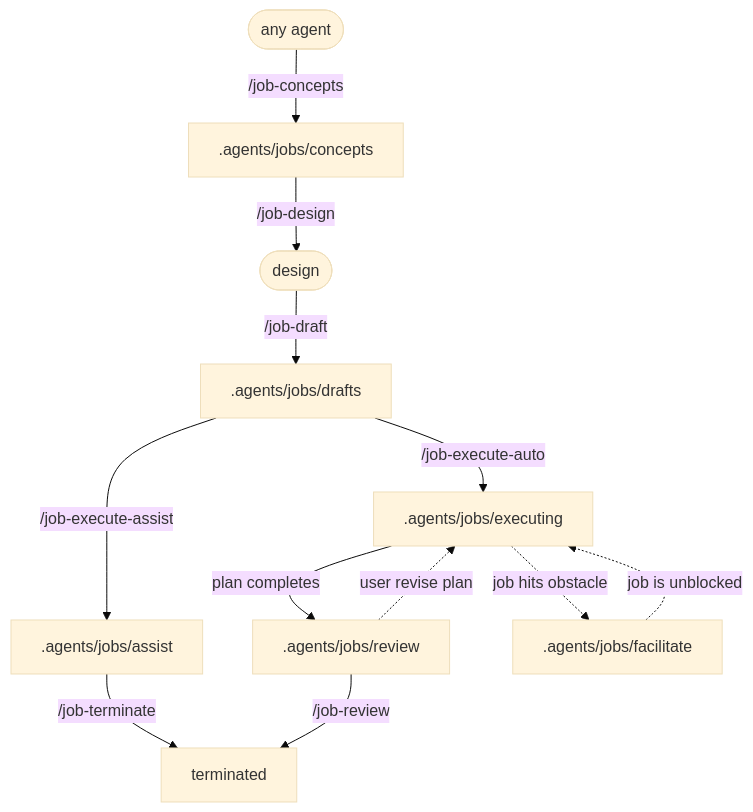
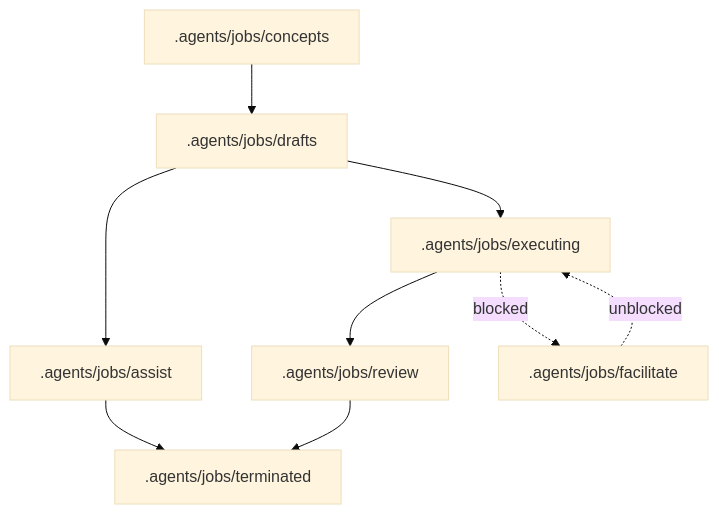
One commit to ahumandev/autocode changed the first of 2 diagrams in README.md. Above: the diagram before and after it, drawn with Mermaid (base theme). The commit also changed other lines of this file and 26 other files, not shown here.

````diff
--- a/README.md
+++ b/README.md
@@ -105,15 +95,11 @@
 ```mermaid
 flowchart TD
-  any([any agent]) -->|/job-concepts| concepts[.agents/jobs/concepts] -->|/job-design| design([design]) -->|/job-draft| drafts[.agents/jobs/drafts]
-  drafts --> |/job-execute-assist| assist[.agents/jobs/assist]
-  assist --> |/job-terminate| terminated
-   
-  drafts -->|/job-execute-auto| executing[.agents/jobs/executing]
-  executing -->|plan completes| reviews[.agents/jobs/review]
-  reviews -->|/job-review| terminated
- 
-  executing .->|job hits obstacle| facilitate[.agents/jobs/facilitate]
-  facilitate .->|job is unblocked| executing
-  
-  reviews .->|user revise plan| executing
+  Concepts[.agents/jobs/concepts] --> Drafts[.agents/jobs/drafts]
+  Drafts --> Assist[.agents/jobs/assist]
+  Drafts --> Executing[.agents/jobs/executing]
+  Executing --> Review[.agents/jobs/review]
+  Executing -.blocked.-> Facilitate[.agents/jobs/facilitate]
+  Facilitate -.unblocked.-> Executing
+  Assist --> Terminated[.agents/jobs/terminated]
+  Review --> Terminated
 ```
````
